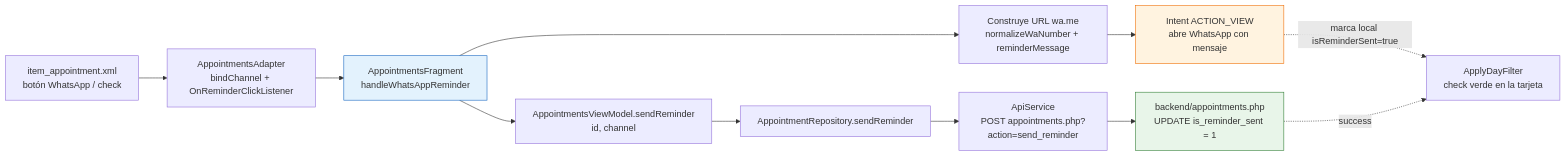
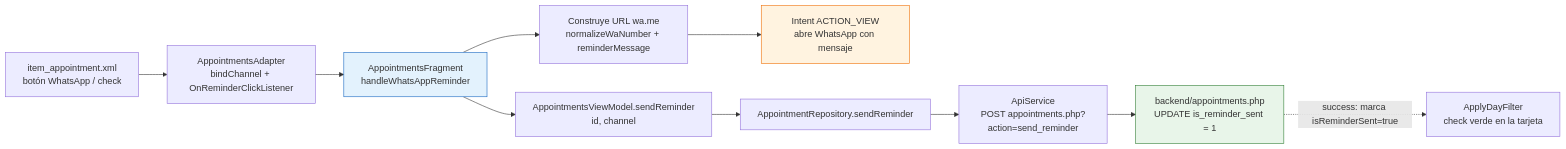
Before and after one commit to francoemmanuelmartinez/donation-system-android: the first of 2 diagrams in whatsapp-reminders-guide.md, drawn with Mermaid. The commit also changed other lines of this file and 9 other files, not shown here.

````diff
--- a/whatsapp-reminders-guide.md
+++ b/whatsapp-reminders-guide.md
@@ -7,19 +7,18 @@
 ```mermaid
 flowchart LR
     A[item_appointment.xml<br/>botón WhatsApp / check] --> B[AppointmentsAdapter<br/>bindChannel + OnReminderClickListener]
     B --> C[AppointmentsFragment<br/>handleWhatsAppReminder]
 
     C --> D[Construye URL wa.me<br/>normalizeWaNumber + reminderMessage]
     D --> E[Intent ACTION_VIEW<br/>abre WhatsApp con mensaje]
     C --> F[AppointmentsViewModel.sendReminder<br/>id, channel]
     F --> G[AppointmentRepository.sendReminder]
     G --> H[ApiService<br/>POST appointments.php?action=send_reminder]
     H --> I[backend/appointments.php<br/>UPDATE is_reminder_sent = 1]
 
-    E -.->|"marca local isReminderSent=true"| J[ApplyDayFilter<br/>check verde en la tarjeta]
-    I -.->|"success"| J
+    I -.->|"success: marca isReminderSent=true"| J[ApplyDayFilter<br/>check verde en la tarjeta]
 
     style C fill:#e3f2fd,stroke:#1565c0
     style E fill:#fff3e0,stroke:#ef6c00
     style I fill:#e8f5e9,stroke:#2e7d32
 ```
````
